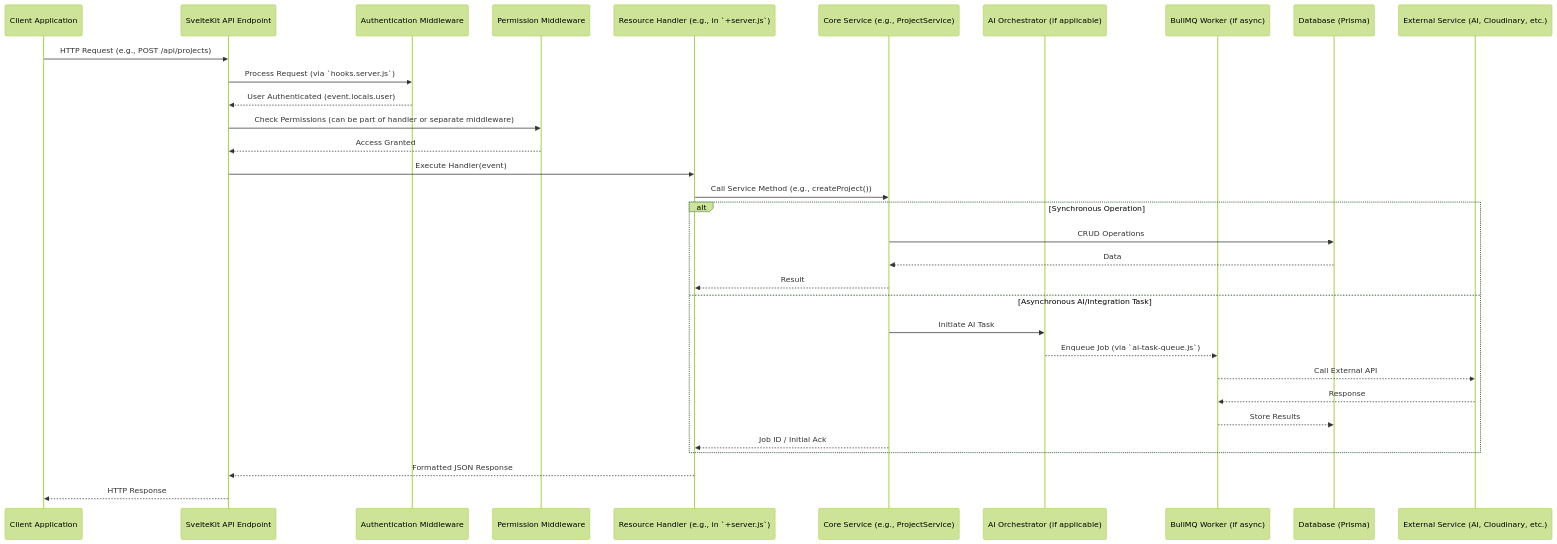
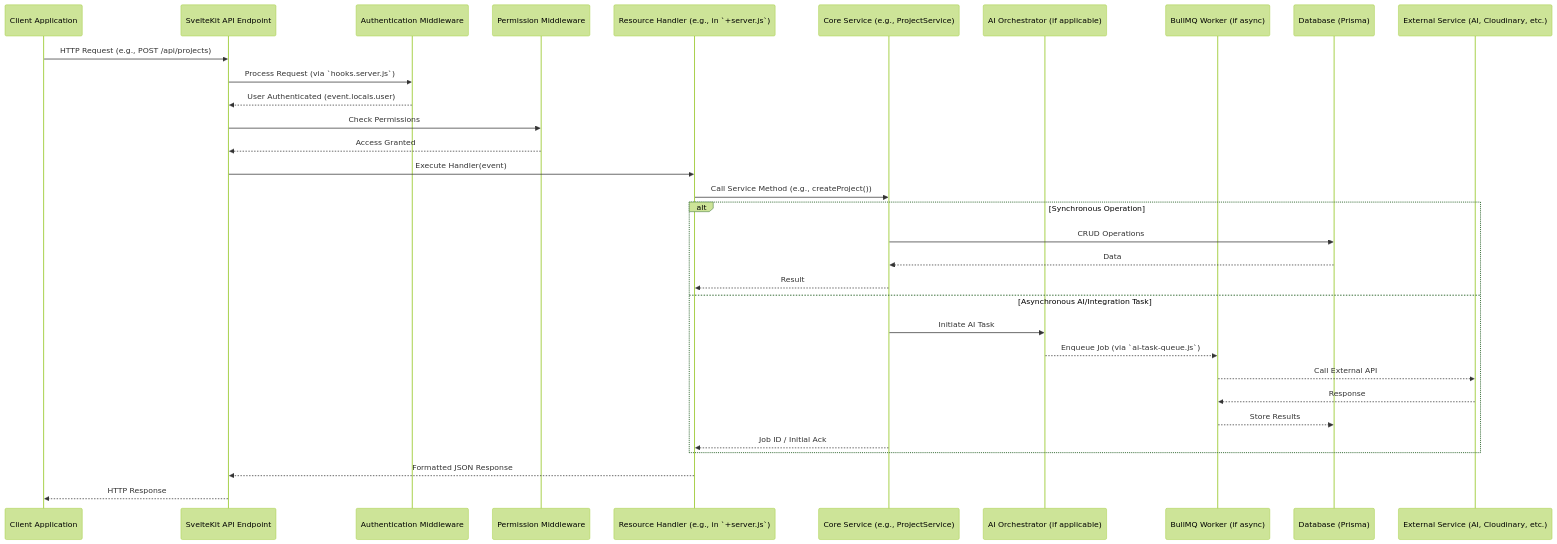
The sixth of 7 diagrams in README.md (lowkey-dev21/Idea_lens-BE), drawn with Mermaid (forest theme) before and after one commit. The commit also changed other lines of this file, not shown here.

First line of the commit message:
refactor: improve README formatting and clarity in diagrams

````diff
--- a/README.md
+++ b/README.md
@@ -309,35 +308,35 @@
 ```mermaid
 sequenceDiagram
     participant ClientApp as Client Application
     participant SvelteKitAPI as SvelteKit API Endpoint
     participant AuthMiddleware as Authentication Middleware
     participant PermissionMiddleware as Permission Middleware
     participant HandlerFunction as Resource Handler (e.g., in `+server.js`)
     participant CoreService as Core Service (e.g., ProjectService)
     participant AIOrchestrator as AI Orchestrator (if applicable)
     participant BullMQWorker as BullMQ Worker (if async)
     participant Database_Prisma as Database (Prisma)
     participant ExternalService as External Service (AI, Cloudinary, etc.)
 
     ClientApp->>SvelteKitAPI: HTTP Request (e.g., POST /api/projects)
     SvelteKitAPI->>AuthMiddleware: Process Request (via `hooks.server.js`)
     AuthMiddleware-->>SvelteKitAPI: User Authenticated (event.locals.user)
-    SvelteKitAPI->>PermissionMiddleware: Check Permissions (can be part of handler or separate middleware)
+    SvelteKitAPI->>PermissionMiddleware: Check Permissions
     PermissionMiddleware-->>SvelteKitAPI: Access Granted
     SvelteKitAPI->>HandlerFunction: Execute Handler(event)
     HandlerFunction->>CoreService: Call Service Method (e.g., createProject())
     alt Synchronous Operation
         CoreService->>Database_Prisma: CRUD Operations
         Database_Prisma-->>CoreService: Data
         CoreService-->>HandlerFunction: Result
     else Asynchronous AI/Integration Task
         CoreService->>AIOrchestrator: Initiate AI Task
         AIOrchestrator-->>BullMQWorker: Enqueue Job (via `ai-task-queue.js`)
         BullMQWorker-->>ExternalService: Call External API
         ExternalService-->>BullMQWorker: Response
         BullMQWorker-->>Database_Prisma: Store Results
         CoreService-->>HandlerFunction: Job ID / Initial Ack
     end
     HandlerFunction-->>SvelteKitAPI: Formatted JSON Response
     SvelteKitAPI-->>ClientApp: HTTP Response
 ```
````
